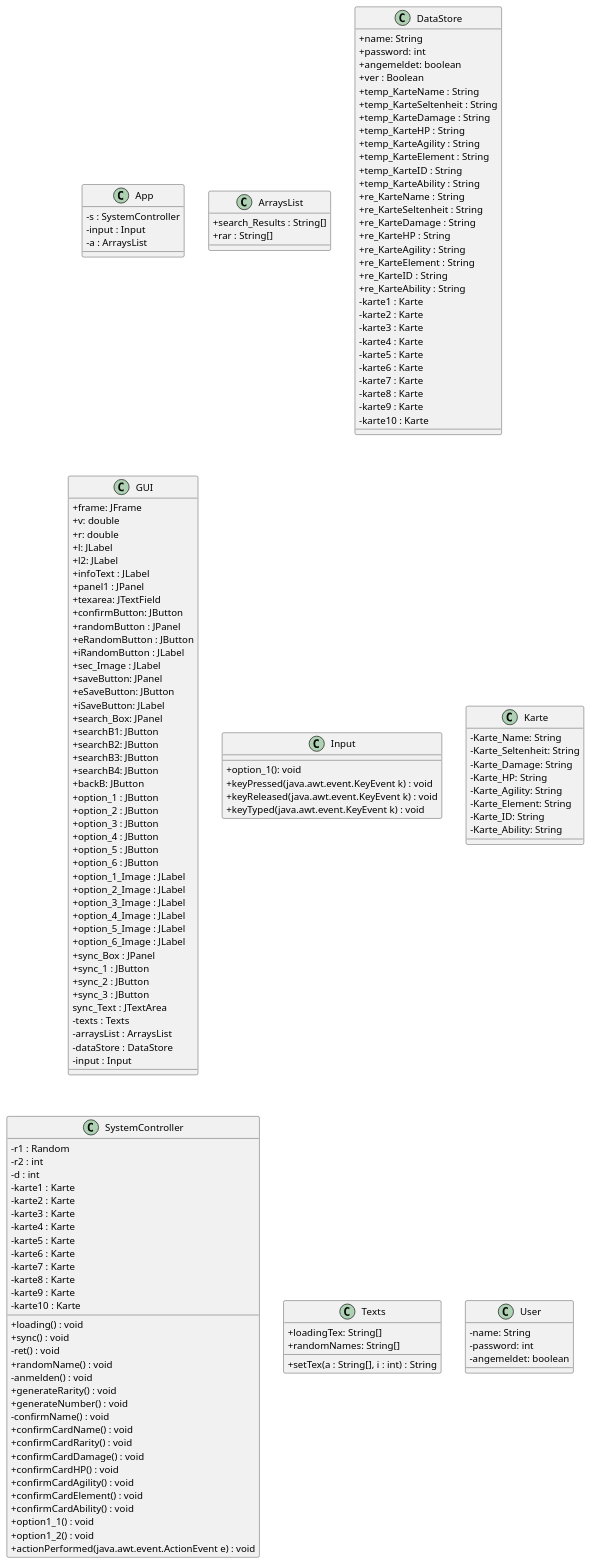
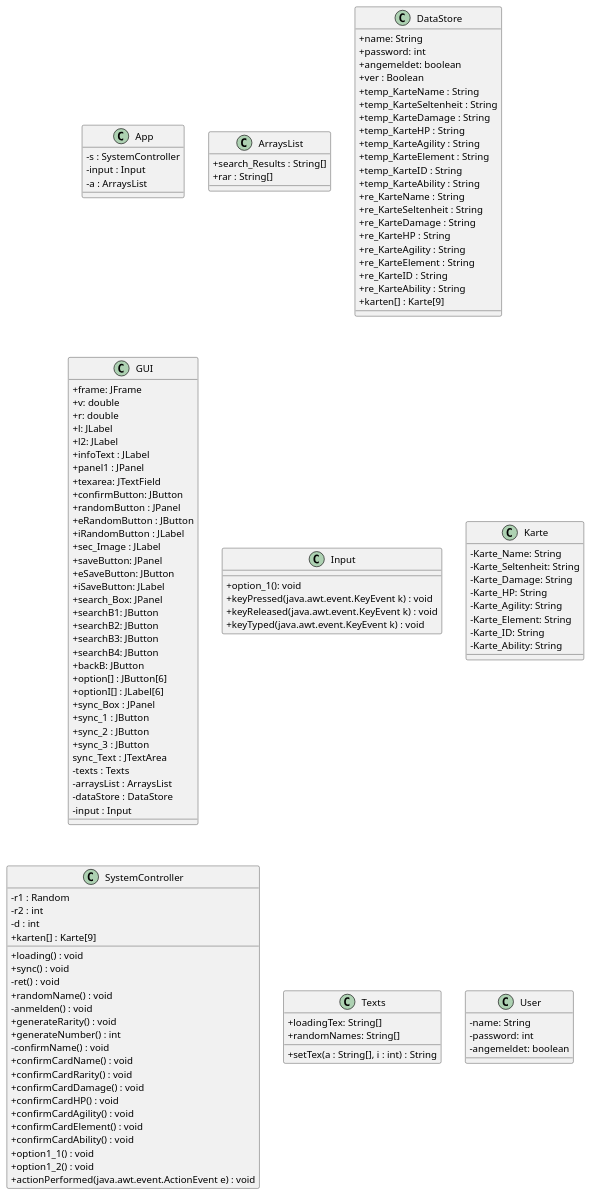
One commit to teach404W/Verwaltungssoftware_Team_2 changed the diagram in Docs/Pflichtenheft/Diagramme/Klassendiagramme.iuml. Above: the diagram before and after it, drawn with PlantUML. The commit also changed 3 other files, not shown here.

```diff
--- a/Docs/Pflichtenheft/Diagramme/Klassendiagramme.iuml
+++ b/Docs/Pflichtenheft/Diagramme/Klassendiagramme.iuml
@@ -1,169 +1,142 @@
 @startuml
 skinparam classAttributeIconSize 0
 
 class App{
  -s : SystemController
  -input : Input
  -a : ArraysList
 }
 
 
 
 class ArraysList{
 +search_Results : String[]
 +rar : String[]
  }
  
  class DataStore{
  +name: String
  +password: int
  +angemeldet: boolean
  +ver : Boolean
  +temp_KarteName : String
  +temp_KarteSeltenheit : String
  +temp_KarteDamage : String
  +temp_KarteHP : String
  +temp_KarteAgility : String
  +temp_KarteElement : String
  +temp_KarteID : String
  +temp_KarteAbility : String    
  +re_KarteName : String
  +re_KarteSeltenheit : String
  +re_KarteDamage : String
  +re_KarteHP : String
  +re_KarteAgility : String
  +re_KarteElement : String
  +re_KarteID : String
  +re_KarteAbility : String
- -karte1 : Karte
- -karte2 : Karte
- -karte3 : Karte
- -karte4 : Karte
- -karte5 : Karte
- -karte6 : Karte
- -karte7 : Karte
- -karte8 : Karte
- -karte9 : Karte
- -karte10 : Karte
+ +karten[] : Karte[9]
+}
 
-}
+
 
 
 
 class GUI{
  +frame: JFrame
  +v: double
  +r: double
  +l: JLabel
  +l2: JLabel
  +infoText : JLabel
  +panel1 : JPanel
  +texarea: JTextField
  +confirmButton: JButton
  +randomButton : JPanel
  +eRandomButton : JButton
  +iRandomButton : JLabel
  +sec_Image : JLabel
  +saveButton: JPanel
  +eSaveButton: JButton
  +iSaveButton: JLabel
  +search_Box: JPanel
  +searchB1: JButton
  +searchB2: JButton
  +searchB3: JButton
  +searchB4: JButton
  +backB: JButton
- +option_1 : JButton
- +option_2 : JButton
- +option_3 : JButton
- +option_4 : JButton
- +option_5 : JButton
- +option_6 : JButton
- +option_1_Image : JLabel
- +option_2_Image : JLabel
- +option_3_Image : JLabel
- +option_4_Image : JLabel
- +option_5_Image : JLabel
- +option_6_Image : JLabel
+ +option[] : JButton[6]
+ +optionI[] : JLabel[6]
  +sync_Box : JPanel
  +sync_1 : JButton
  +sync_2 : JButton
  +sync_3 : JButton
  sync_Text : JTextArea
  -texts : Texts
  -arraysList : ArraysList
  -dataStore : DataStore
  -input : Input
 
 }
 
 
 class Input{
  +option_1(): void
  +keyPressed(java.awt.event.KeyEvent k) : void
  +keyReleased(java.awt.event.KeyEvent k) : void
  +keyTyped(java.awt.event.KeyEvent k) : void
 }
 
 class Karte{
  -Karte_Name: String
  -Karte_Seltenheit: String
  -Karte_Damage: String
  -Karte_HP: String
  -Karte_Agility: String
  -Karte_Element: String
  -Karte_ID: String
  -Karte_Ability: String
 
 }
 
 class SystemController{
 -r1 : Random
 -r2 : int
 -d : int
- -karte1 : Karte
- -karte2 : Karte
- -karte3 : Karte
- -karte4 : Karte
- -karte5 : Karte
- -karte6 : Karte
- -karte7 : Karte
- -karte8 : Karte
- -karte9 : Karte
- -karte10 : Karte
+ +karten[] : Karte[9]
  +loading() : void
  +sync() : void
  -ret() : void
  +randomName() : void
  -anmelden() : void
  +generateRarity() : void
- +generateNumber() : void
+ +generateNumber() : int
  -confirmName() : void
  +confirmCardName() : void
  +confirmCardRarity() : void
  +confirmCardDamage() : void
  +confirmCardHP() : void
  +confirmCardAgility() : void
  +confirmCardElement() : void
  +confirmCardAbility() : void
  +option1_1() : void
  +option1_2() : void
  +actionPerformed(java.awt.event.ActionEvent e) : void
 }
 
 
 class Texts{
 +loadingTex: String[]
 +randomNames: String[]
 +setTex(a : String[], i : int) : String
 }
 
 class User{
  -name: String
  -password: int
  -angemeldet: boolean
 }
 
 
 
 @enduml
```
